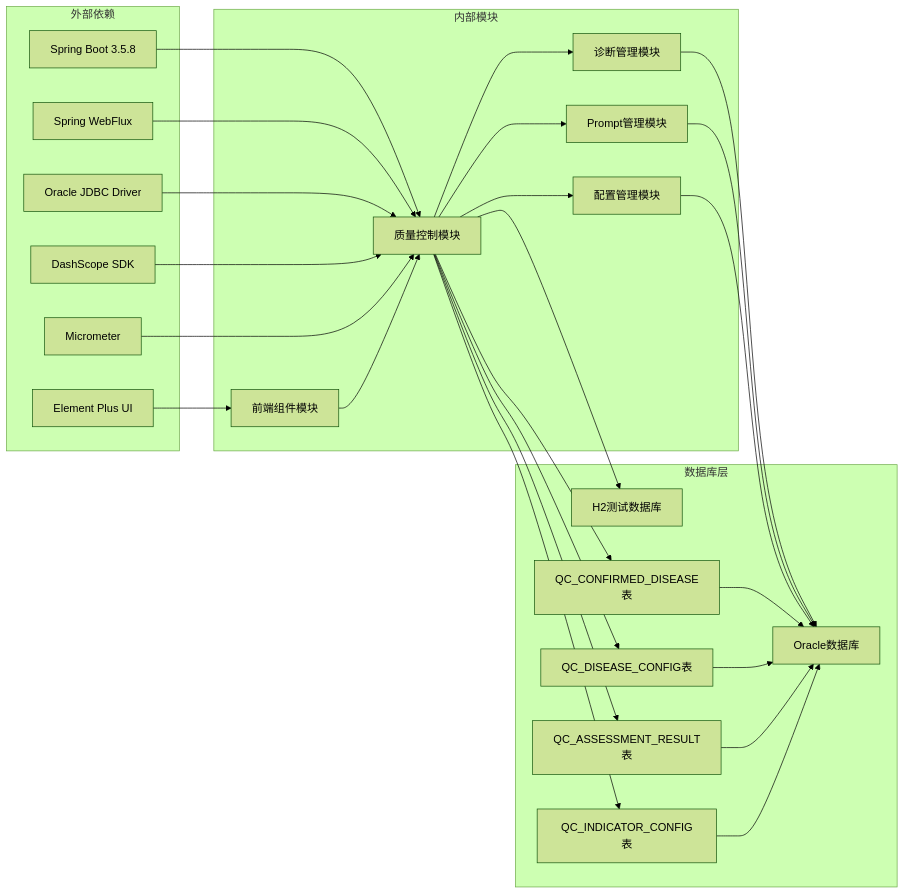
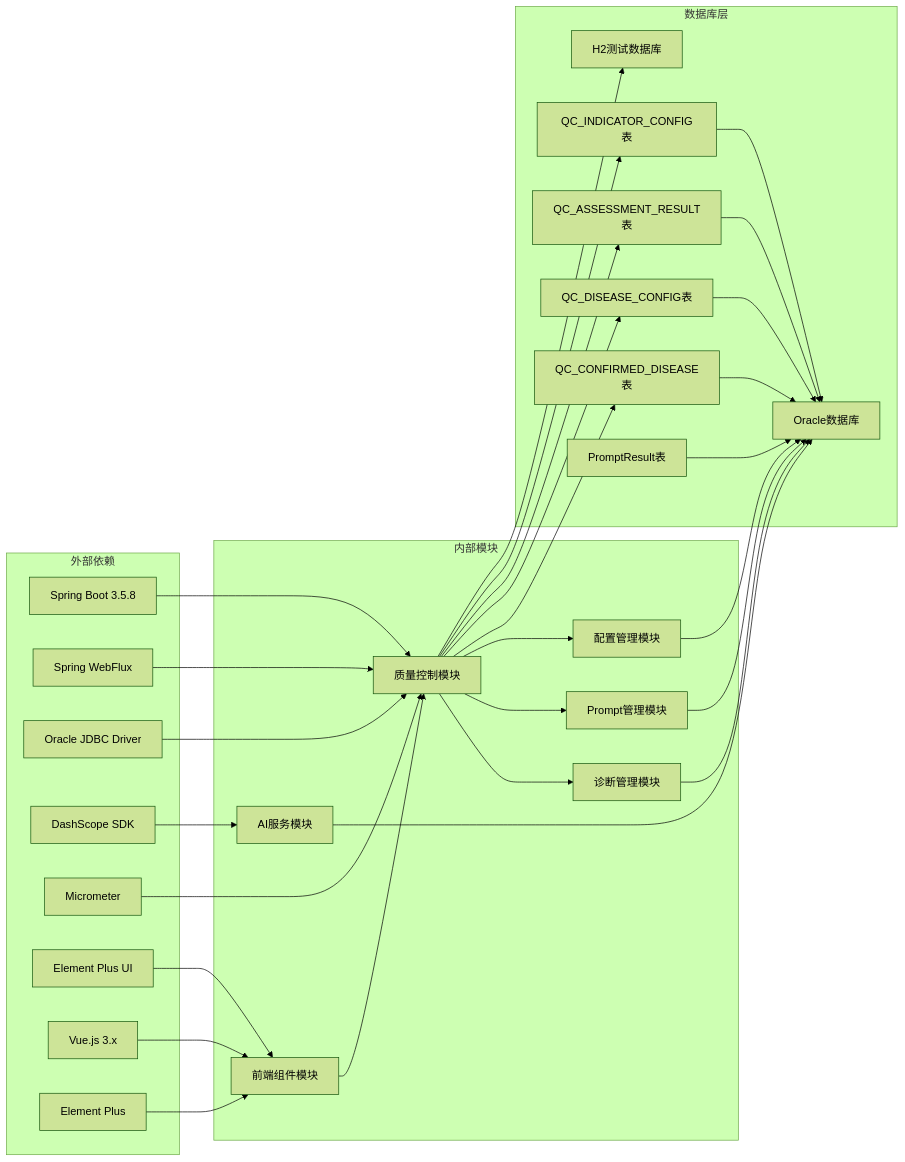
One commit to liuzh2008/med_ai_assistant_workspace changed diagram 16 of 17 in .qoder/repowiki/zh/content/核心功能模块/质量控制系统.md. Above: the diagram before and after it, drawn with Mermaid (forest theme). The commit also changed other lines of this file and 4 other files, not shown here.

````diff
--- a/.qoder/repowiki/zh/content/核心功能模块/质量控制系统.md
+++ b/.qoder/repowiki/zh/content/核心功能模块/质量控制系统.md
@@ -638,48 +768,56 @@
 ```mermaid
 graph LR
 subgraph "外部依赖"
 A[Spring Boot 3.5.8]
 B[Spring WebFlux]
 C[Oracle JDBC Driver]
 D[DashScope SDK]
 E[Micrometer]
 F[Element Plus UI]
+G[Vue.js 3.x]
+H[Element Plus]
 end
 subgraph "内部模块"
-G[质量控制模块]
-H[诊断管理模块]
-I[Prompt管理模块]
-J[配置管理模块]
-K[前端组件模块]
+I[质量控制模块]
+J[诊断管理模块]
+K[Prompt管理模块]
+L[配置管理模块]
+M[前端组件模块]
+N[AI服务模块]
 end
 subgraph "数据库层"
-L[Oracle数据库]
-M[H2测试数据库]
-N[QC_CONFIRMED_DISEASE表]
-O[QC_DISEASE_CONFIG表]
-P[QC_ASSESSMENT_RESULT表]
-Q[QC_INDICATOR_CONFIG表]
+O[Oracle数据库]
+P[H2测试数据库]
+Q[QC_CONFIRMED_DISEASE表]
+R[QC_DISEASE_CONFIG表]
+S[QC_ASSESSMENT_RESULT表]
+T[QC_INDICATOR_CONFIG表]
+U[PromptResult表]
 end
-A --> G
-B --> G
-C --> G
-D --> G
-E --> G
-F --> K
-G --> H
-G --> I
-G --> J
-H --> L
+A --> I
+B --> I
+C --> I
+D --> N
+E --> I
+F --> M
+G --> M
+H --> M
+I --> J
+I --> K
 I --> L
-J --> L
-K --> G
-G --> N
-G --> O
-G --> P
-G --> Q
-N --> L
-O --> L
-P --> L
-Q --> L
-G --> M
+J --> O
+K --> O
+L --> O
+M --> I
+N --> O
+I --> Q
+I --> R
+I --> S
+I --> T
+Q --> O
+R --> O
+S --> O
+T --> O
+U --> O
+I --> P
 ```
````
